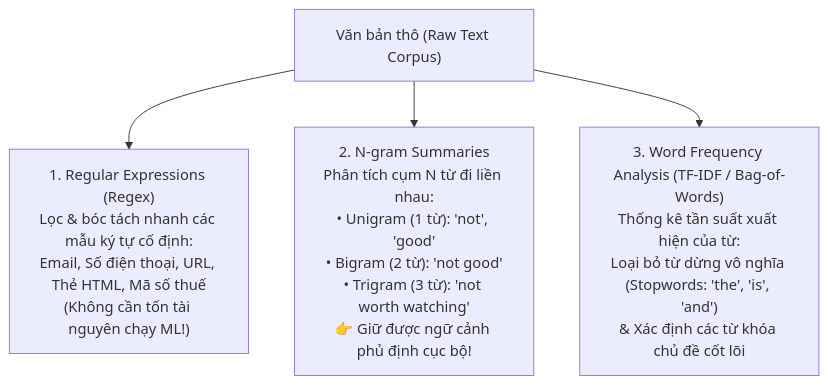
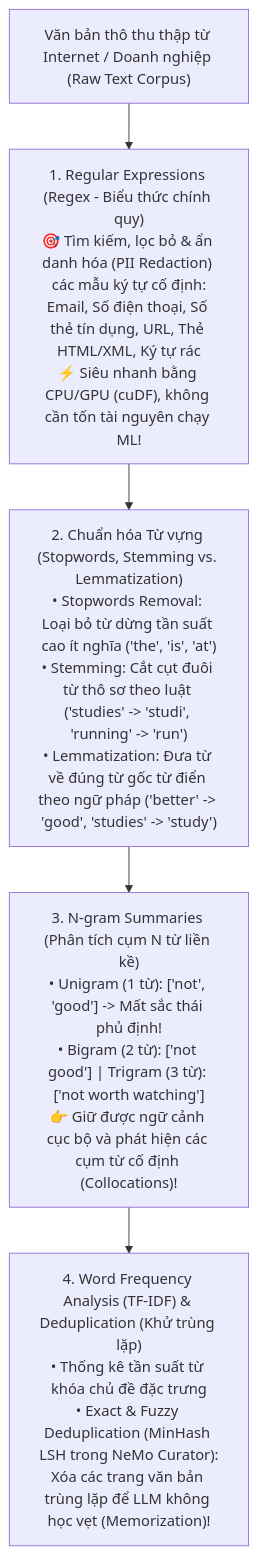
One commit to nxthanh2904/nca-genl changed the second of 5 diagrams in Module_07_Model_Training_and_Lifecycle.md. Above: the diagram before and after it, drawn with Mermaid. The commit also changed other lines of this file and 11 other files, not shown here.

````diff
--- a/Module_07_Model_Training_and_Lifecycle.md
+++ b/Module_07_Model_Training_and_Lifecycle.md
@@ -53,12 +66,14 @@
 ```mermaid
 flowchart TD
-    Raw["Văn bản thô (Raw Text Corpus)"]
+    Raw["Văn bản thô thu thập từ Internet / Doanh nghiệp (Raw Text Corpus)"]
     
-    T1["1. Regular Expressions (Regex)<br/>Lọc & bóc tách nhanh các mẫu ký tự cố định:<br/>Email, Số điện thoại, URL, Thẻ HTML, Mã số thuế<br/>(Không cần tốn tài nguyên chạy ML!)"]
+    T1["1. Regular Expressions (Regex - Biểu thức chính quy)<br/>🎯 Tìm kiếm, lọc bỏ & ẩn danh hóa (PII Redaction) các mẫu ký tự cố định:<br/>Email, Số điện thoại, Số thẻ tín dụng, URL, Thẻ HTML/XML, Ký tự rác<br/>⚡ Siêu nhanh bằng CPU/GPU (cuDF), không cần tốn tài nguyên chạy ML!"]
     
-    T2["2. N-gram Summaries<br/>Phân tích cụm N từ đi liền nhau:<br/>• Unigram (1 từ): 'not', 'good'<br/>• Bigram (2 từ): 'not good'<br/>• Trigram (3 từ): 'not worth watching'<br/>👉 Giữ được ngữ cảnh phủ định cục bộ!"]
+    T2["2. Chuẩn hóa Từ vựng (Stopwords, Stemming vs. Lemmatization)<br/>• Stopwords Removal: Loại bỏ từ dừng tần suất cao ít nghĩa ('the', 'is', 'at')<br/>• Stemming: Cắt cụt đuôi từ thô sơ theo luật ('studies' -> 'studi', 'running' -> 'run')<br/>• Lemmatization: Đưa từ về đúng từ gốc từ điển theo ngữ pháp ('better' -> 'good', 'studies' -> 'study')"]
     
-    T3["3. Word Frequency Analysis (TF-IDF / Bag-of-Words)<br/>Thống kê tần suất xuất hiện của từ:<br/>Loại bỏ từ dừng vô nghĩa (Stopwords: 'the', 'is', 'and')<br/>& Xác định các từ khóa chủ đề cốt lõi"]
+    T3["3. N-gram Summaries (Phân tích cụm N từ liền kề)<br/>• Unigram (1 từ): ['not', 'good'] -> Mất sắc thái phủ định!<br/>• Bigram (2 từ): ['not good'] | Trigram (3 từ): ['not worth watching']<br/>👉 Giữ được ngữ cảnh cục bộ và phát hiện các cụm từ cố định (Collocations)!"]
+    
+    T4["4. Word Frequency Analysis (TF-IDF) & Deduplication (Khử trùng lặp)<br/>• Thống kê tần suất từ khóa chủ đề đặc trưng<br/>• Exact & Fuzzy Deduplication (MinHash LSH trong NeMo Curator):<br/>Xóa các trang văn bản trùng lặp để LLM không học vẹt (Memorization)!"]
 
-    Raw --> T1 & T2 & T3
+    Raw --> T1 --> T2 --> T3 --> T4
 ```
````
